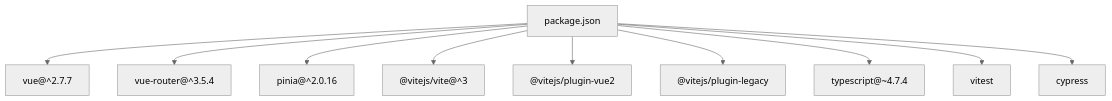
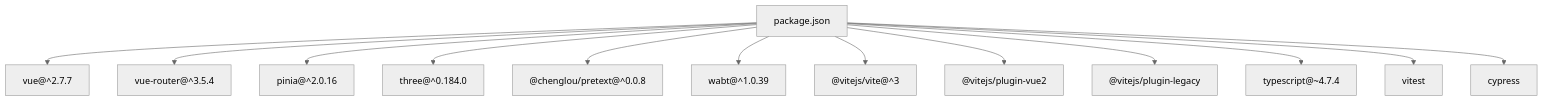
Before and after one commit to adminfyy/adminfyy.github.io: the tenth of 10 diagrams in .qoder/repowiki/en/content/Technical Implementation/Technical Implementation.md, drawn with Mermaid (neutral theme). The commit also changed other lines of this file and 34 other files, not shown here.

````diff
--- a/.qoder/repowiki/en/content/Technical Implementation/Technical Implementation.md
+++ b/.qoder/repowiki/en/content/Technical Implementation/Technical Implementation.md
@@ -302,22 +435,28 @@
 ```mermaid
 graph TB
 Pkg["package.json"]
 Vue["vue@^2.7.7"]
 Router["vue-router@^3.5.4"]
 Pinia["pinia@^2.0.16"]
+ThreeJS["three@^0.184.0"]
+Pretext["@chenglou/pretext@^0.0.8"]
+WABT["wabt@^1.0.39"]
 Vite["@vitejs/vite@^3"]
 Vue2["@vitejs/plugin-vue2"]
 Legacy["@vitejs/plugin-legacy"]
 TS["typescript@~4.7.4"]
 Vitest["vitest"]
 Cypress["cypress"]
 Pkg --> Vue
 Pkg --> Router
 Pkg --> Pinia
+Pkg --> ThreeJS
+Pkg --> Pretext
+Pkg --> WABT
 Pkg --> Vite
 Pkg --> Vue2
 Pkg --> Legacy
 Pkg --> TS
 Pkg --> Vitest
 Pkg --> Cypress
 ```
````
